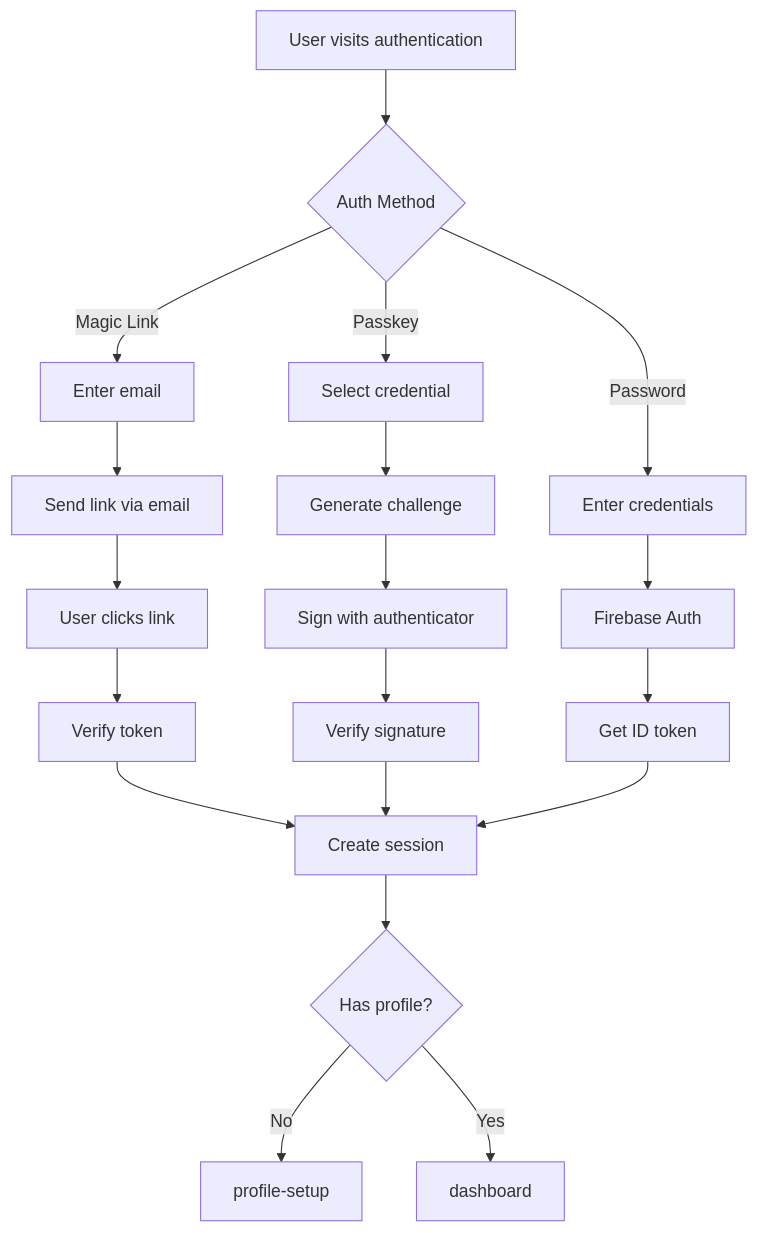
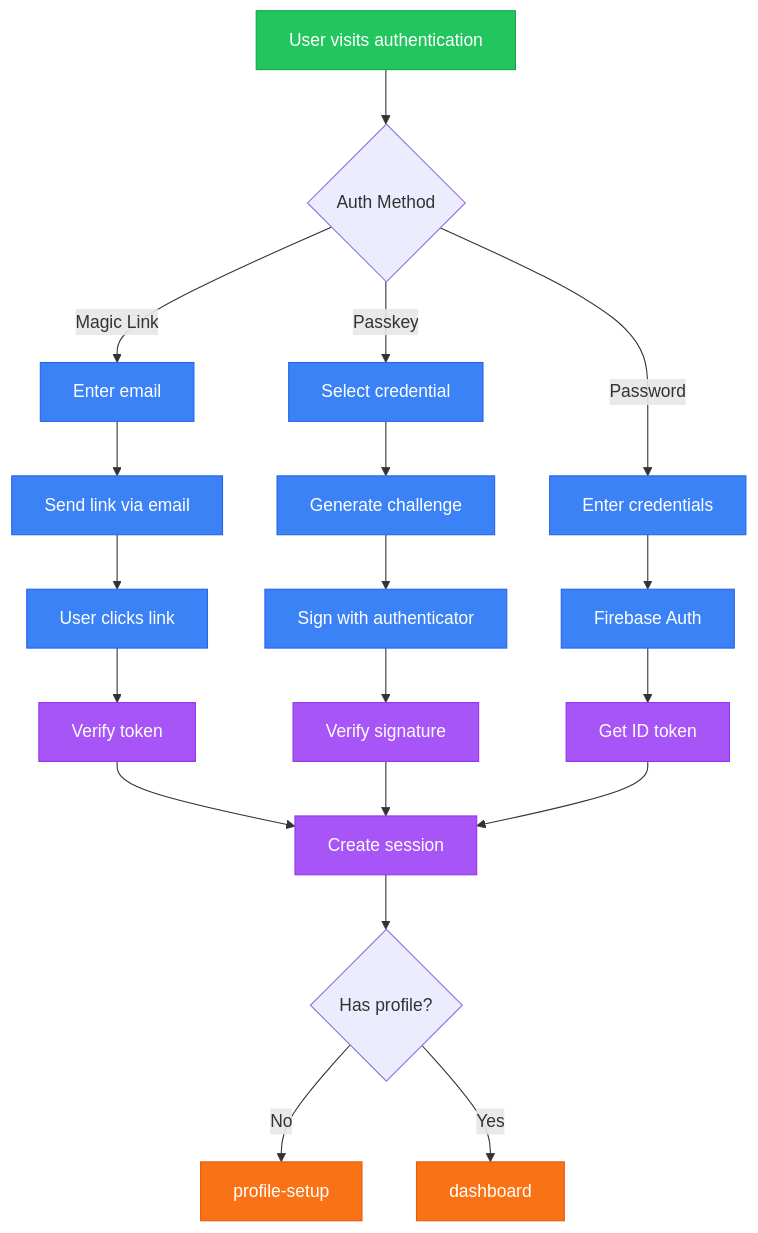
One commit to Natural-Highs/live changed the first of 5 diagrams in docs/project/03-authentication.md. Above: the diagram before and after it, drawn with Mermaid. The commit also changed other lines of this file and 11 other files, not shown here.

````diff
--- a/docs/project/03-authentication.md
+++ b/docs/project/03-authentication.md
@@ -7,27 +7,43 @@
 ```mermaid
 flowchart TD
     START["User visits authentication"] --> CHOICE{Auth Method}
 
     CHOICE -->|Magic Link| ML[Enter email]
     CHOICE -->|Passkey| PK[Select credential]
     CHOICE -->|Password| PW[Enter credentials]
 
     ML --> ML_SEND[Send link via email]
     ML_SEND --> ML_CLICK[User clicks link]
     ML_CLICK --> ML_VERIFY[Verify token]
 
     PK --> PK_CHALLENGE[Generate challenge]
     PK_CHALLENGE --> PK_SIGN[Sign with authenticator]
     PK_SIGN --> PK_VERIFY[Verify signature]
 
     PW --> PW_FB[Firebase Auth]
     PW_FB --> PW_TOKEN[Get ID token]
 
     ML_VERIFY --> SESSION[Create session]
     PK_VERIFY --> SESSION
     PW_TOKEN --> SESSION
 
     SESSION --> REDIRECT{Has profile?}
     REDIRECT -->|No| PROFILE["profile-setup"]
     REDIRECT -->|Yes| DASHBOARD["dashboard"]
+
+    style START fill:#22c55e,stroke:#16a34a,color:#fff
+    style ML fill:#3b82f6,stroke:#2563eb,color:#fff
+    style PK fill:#3b82f6,stroke:#2563eb,color:#fff
+    style PW fill:#3b82f6,stroke:#2563eb,color:#fff
+    style ML_SEND fill:#3b82f6,stroke:#2563eb,color:#fff
+    style ML_CLICK fill:#3b82f6,stroke:#2563eb,color:#fff
+    style ML_VERIFY fill:#a855f7,stroke:#9333ea,color:#fff
+    style PK_CHALLENGE fill:#3b82f6,stroke:#2563eb,color:#fff
+    style PK_SIGN fill:#3b82f6,stroke:#2563eb,color:#fff
+    style PK_VERIFY fill:#a855f7,stroke:#9333ea,color:#fff
+    style PW_FB fill:#3b82f6,stroke:#2563eb,color:#fff
+    style PW_TOKEN fill:#a855f7,stroke:#9333ea,color:#fff
+    style SESSION fill:#a855f7,stroke:#9333ea,color:#fff
+    style PROFILE fill:#f97316,stroke:#ea580c,color:#fff
+    style DASHBOARD fill:#f97316,stroke:#ea580c,color:#fff
 ```
````
